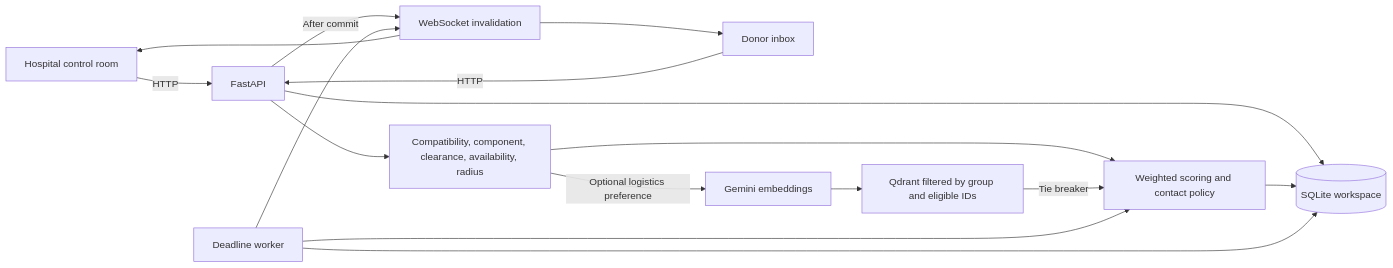
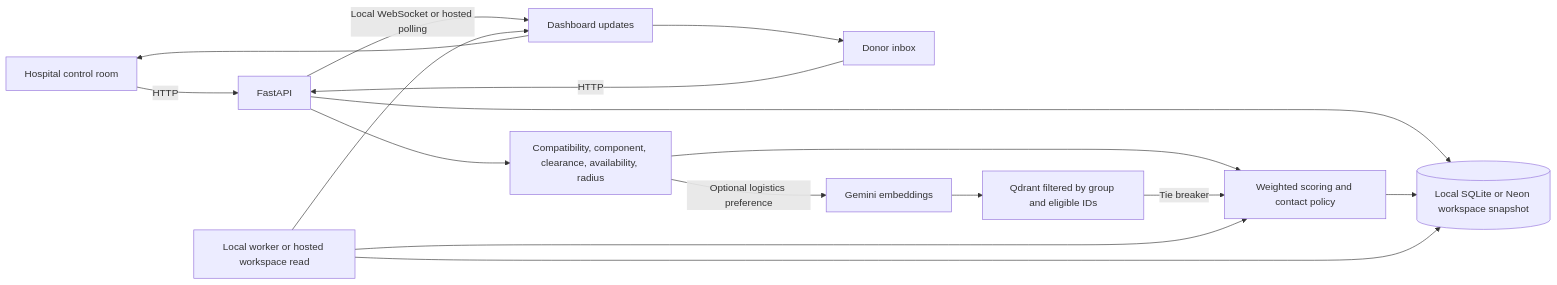
The diagram in HACKATHON.md (rudranhk/hack_pro), drawn with Mermaid before and after one commit. The commit also changed other lines of this file and 3 other files, not shown here.

````diff
--- a/HACKATHON.md
+++ b/HACKATHON.md
@@ -34,18 +34,18 @@
 ```mermaid
 flowchart LR
   H[Hospital control room] -->|HTTP| F[FastAPI]
   D[Donor inbox] -->|HTTP| F
-  F --> S[(SQLite workspace)]
+  F --> S[(Local SQLite or Neon workspace snapshot)]
   F --> R[Compatibility, component, clearance, availability, radius]
   R --> W[Weighted scoring and contact policy]
   R -->|Optional logistics preference| G[Gemini embeddings]
   G --> Q[Qdrant filtered by group and eligible IDs]
   Q -->|Tie breaker| W
   W --> S
-  T[Deadline worker] --> W
+  T[Local worker or hosted workspace read] --> W
   T --> S
-  F -->|After commit| E[WebSocket invalidation]
+  F -->|Local WebSocket or hosted polling| E[Dashboard updates]
   T --> E
   E --> H
   E --> D
 ```
````
